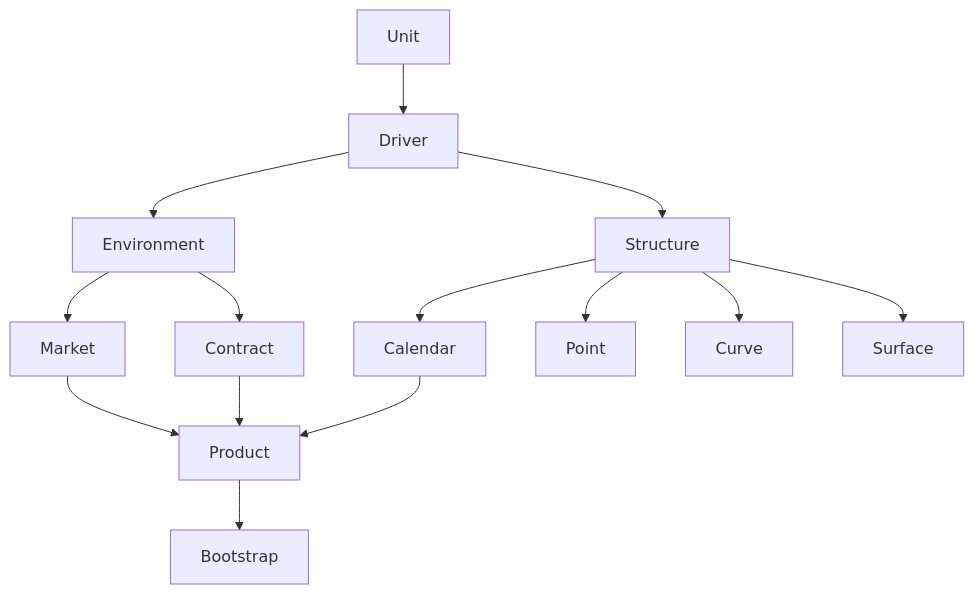
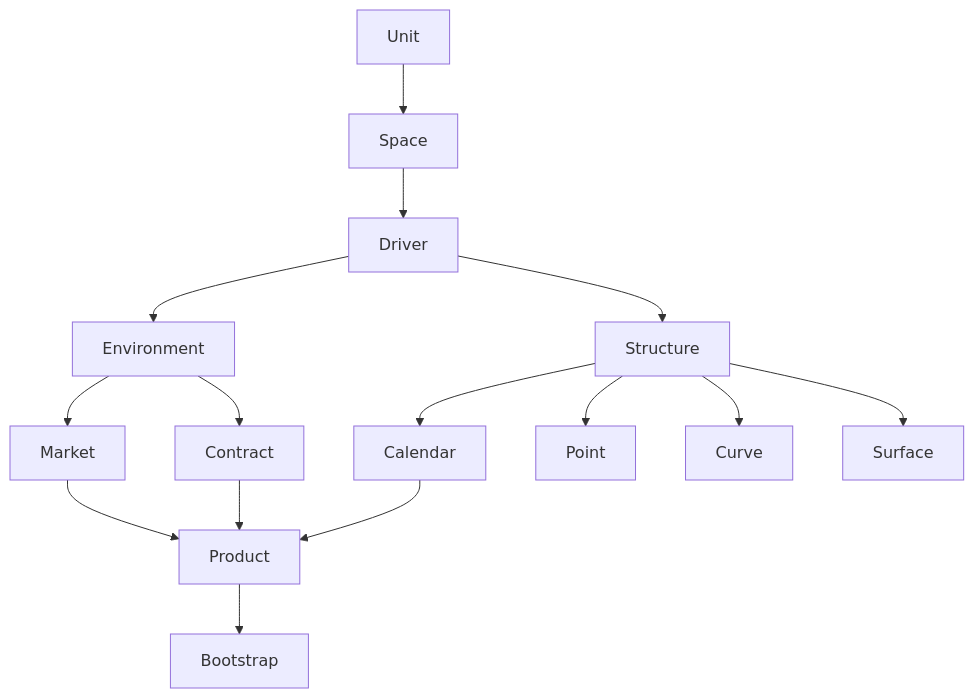
One commit to tristanvandevelde/finstruct changed the diagram in README.md. Above: the diagram before and after it, drawn with Mermaid.

````diff
--- a/README.md
+++ b/README.md
@@ -26,16 +26,17 @@
 ```mermaid
 graph TD;
-    Unit-->Driver;
+    Unit-->Space;
+    Space-->Driver;
     Driver-->Environment;
     Driver-->Structure;
     Environment-->Market;
     Environment-->Contract;
     Market-->Product;
     Contract-->Product;
     Calendar-->Product;
     Structure-->Calendar;
     Structure-->Point;
     Structure-->Curve;
     Structure-->Surface;
     Product-->Bootstrap;
 ```
````
